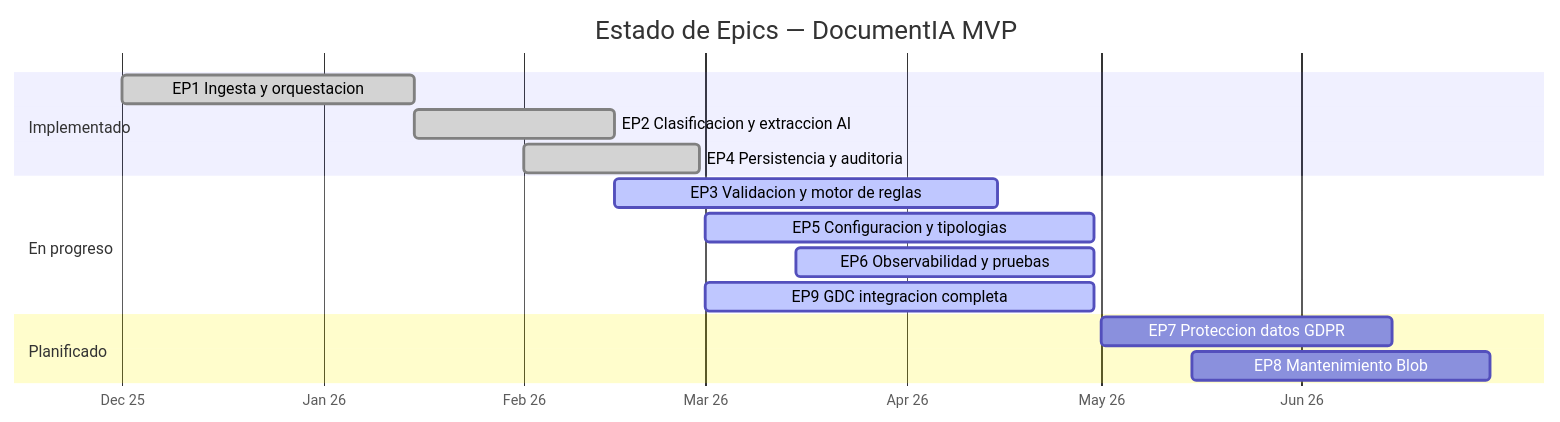
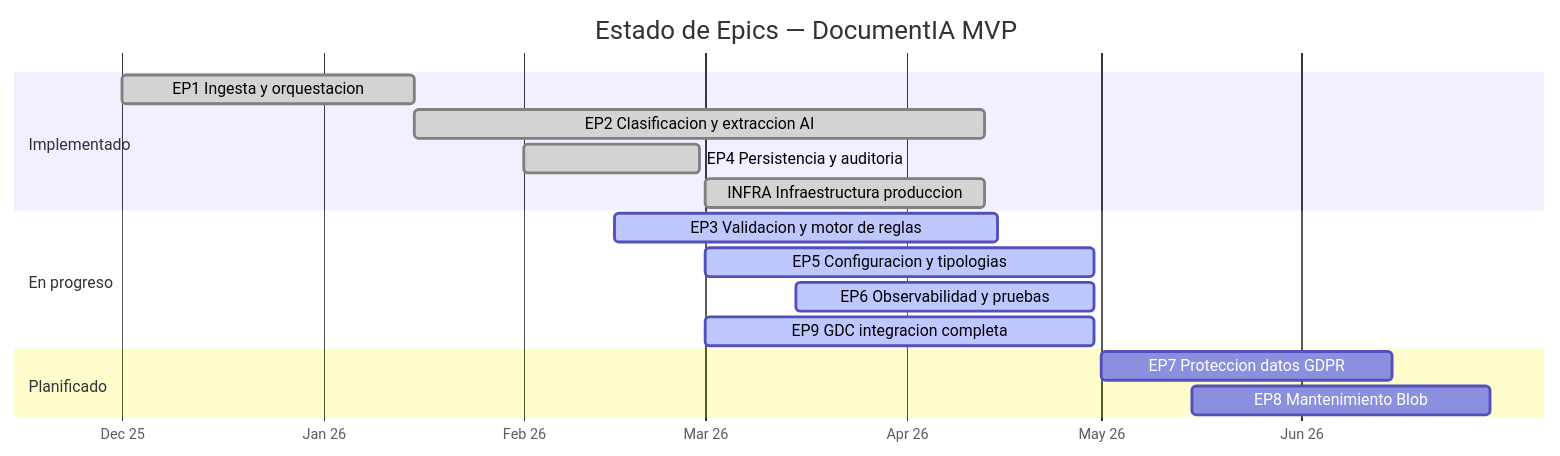
Before and after one commit to nvcrisologo02/AI-DocClassExt: the diagram in docs/07_ROADMAP_PENDIENTES.md, drawn with Mermaid. The commit also changed other lines of this file and 1 other file, not shown here.

````diff
--- a/docs/07_ROADMAP_PENDIENTES.md
+++ b/docs/07_ROADMAP_PENDIENTES.md
@@ -10,21 +10,22 @@
 ```mermaid
 gantt
     title Estado de Epics — DocumentIA MVP
     dateFormat YYYY-MM-DD
     axisFormat %b %y
 
     section Implementado
     EP1 Ingesta y orquestacion         :done, ep1, 2025-12-01, 2026-01-15
-    EP2 Clasificacion y extraccion AI   :done, ep2, 2026-01-15, 2026-02-15
+    EP2 Clasificacion y extraccion AI   :done, ep2, 2026-01-15, 2026-04-13
     EP4 Persistencia y auditoria        :done, ep4, 2026-02-01, 2026-02-28
+    INFRA Infraestructura produccion    :done, infra, 2026-03-01, 2026-04-13
 
     section En progreso
     EP3 Validacion y motor de reglas    :active, ep3, 2026-02-15, 2026-04-15
     EP5 Configuracion y tipologias      :active, ep5, 2026-03-01, 2026-04-30
     EP6 Observabilidad y pruebas        :active, ep6, 2026-03-15, 2026-04-30
     EP9 GDC integracion completa        :active, ep9, 2026-03-01, 2026-04-30
 
     section Planificado
     EP7 Proteccion datos GDPR           :ep7, 2026-05-01, 2026-06-15
     EP8 Mantenimiento Blob              :ep8, 2026-05-15, 2026-06-30
 ```
````
